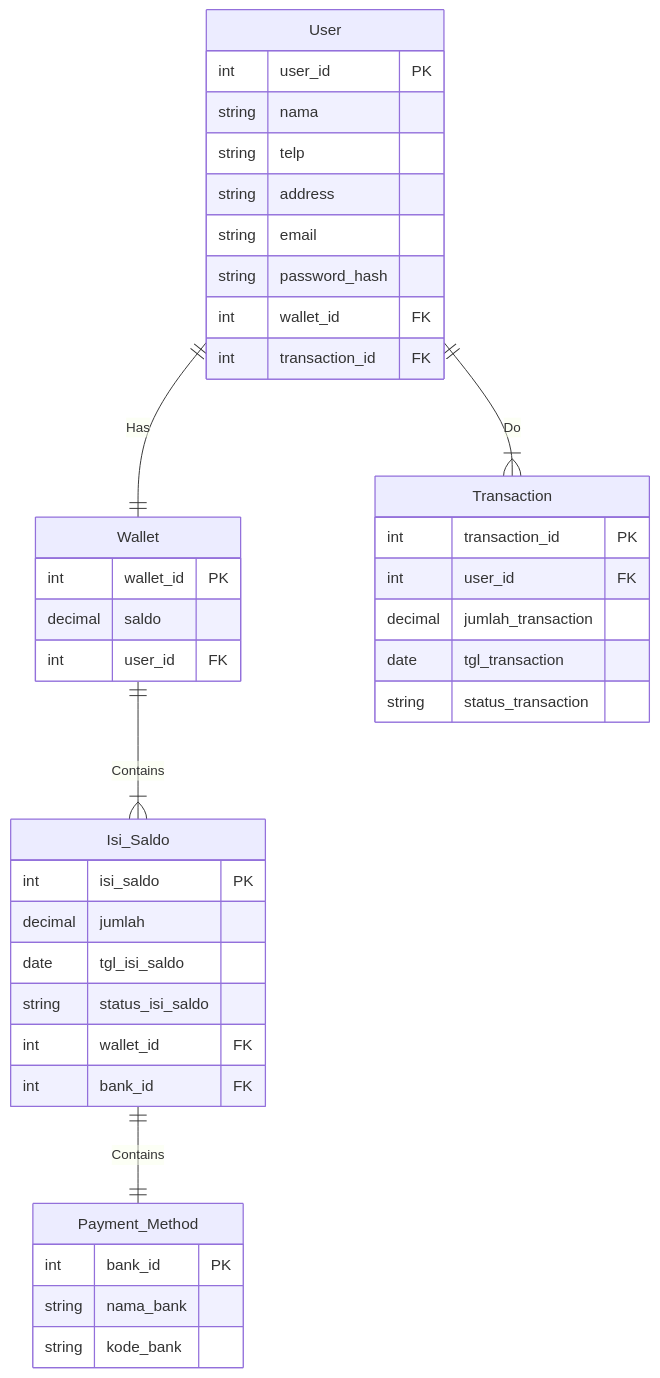
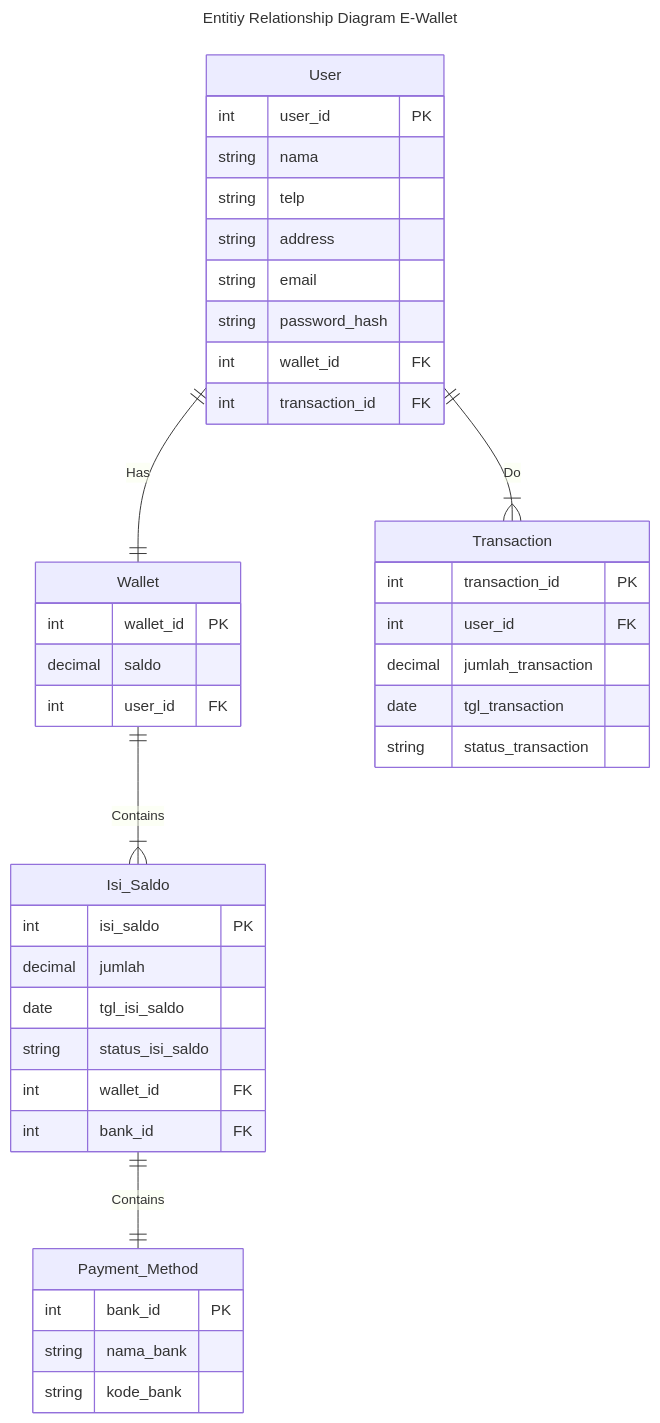
One commit to rifrifai/koda-b1-db2 changed the diagram in koda-b1-db2-ewallet_erd.md. Above: the diagram before and after it, drawn with Mermaid.

Commit message:
add title erd

````diff
--- a/koda-b1-db2-ewallet_erd.md
+++ b/koda-b1-db2-ewallet_erd.md
@@ -1,49 +1,52 @@
 ```mermaid
+---
+title: Entitiy Relationship Diagram E-Wallet
+---
 erDiagram
 
 User ||--|| Wallet: Has
 User ||--}| Transaction: Do
 Wallet ||--}| Isi_Saldo: Contains
 Isi_Saldo ||--|| Payment_Method: Contains
 
 User {
 	int user_id PK
 	string nama
 	string telp
 	string address
 	string email
 	string password_hash
 	int wallet_id FK
 	int transaction_id FK
 }
 
 Wallet {
 	int wallet_id PK
 	decimal saldo
 	int user_id FK
 }
 
 Payment_Method {
 	int bank_id PK
 	string nama_bank
 	string kode_bank
 }
 
 Isi_Saldo {
 	int isi_saldo PK
 	decimal jumlah
 	date tgl_isi_saldo
 	string status_isi_saldo
 	int wallet_id FK
 	int bank_id FK
 }
 
 Transaction {
 	int transaction_id PK
 	int user_id FK
 	decimal jumlah_transaction
 	date tgl_transaction
 	string status_transaction
 }
 
 ```
````
